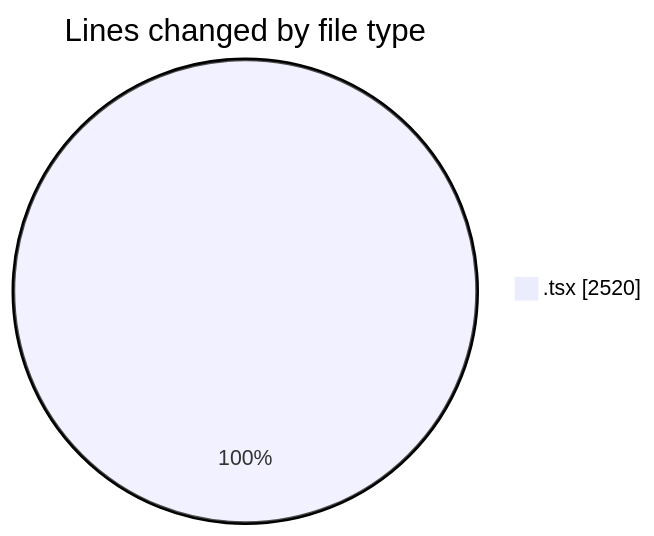
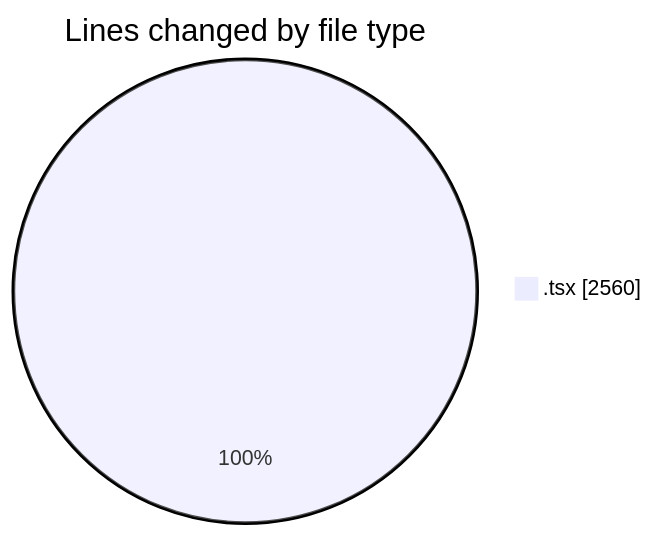
The first of 2 diagrams in 2026-03-14/nxtqube_webapp/README.md (nxtqubesakshisongat/code-tracking), drawn with Mermaid before and after one commit. The commit also changed other lines of this file and 1 other file, not shown here.

````diff
--- a/2026-03-14/nxtqube_webapp/README.md
+++ b/2026-03-14/nxtqube_webapp/README.md
@@ -21,5 +21,5 @@
 ```mermaid
 pie showData
 title Lines changed by file type
-".tsx" : 2520
+".tsx" : 2560
 ```
````
